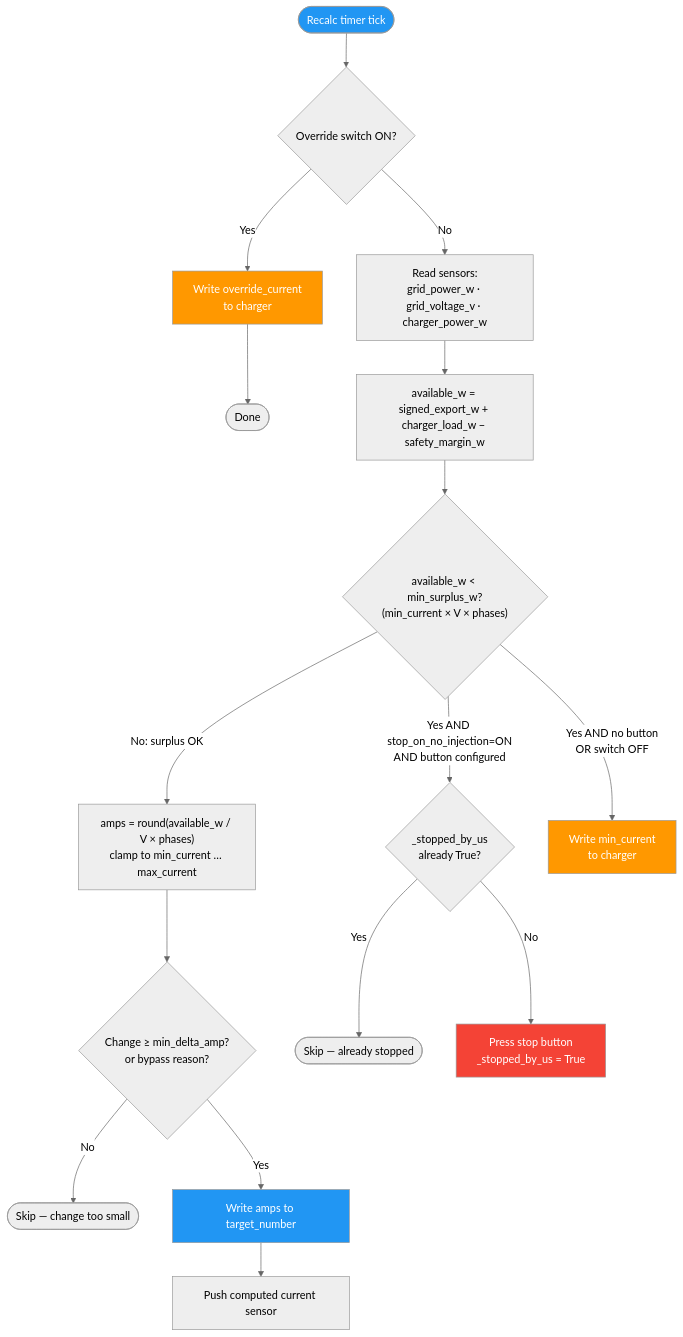
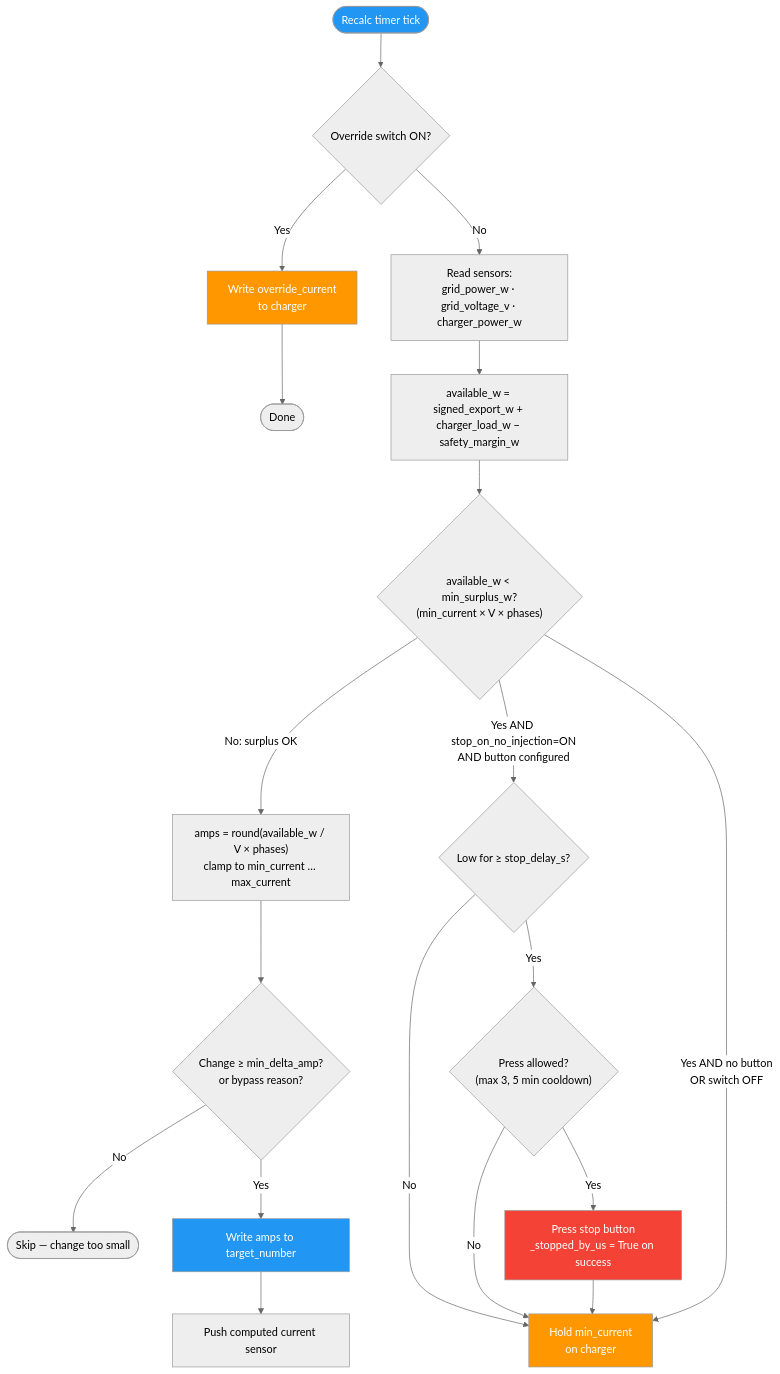
One commit to ZaBug/ev-solar-manager changed the second of 3 diagrams in README.md. Above: the diagram before and after it, drawn with Mermaid (neutral theme). The commit also changed other lines of this file and 14 other files, not shown here.

````diff
--- a/README.md
+++ b/README.md
@@ -63,29 +64,32 @@
 ```mermaid
 flowchart TD
     TICK([Recalc timer tick]) --> OVERRIDE{Override switch ON?}
 
     OVERRIDE -- Yes --> SET_OVERRIDE[Write override_current\nto charger] --> END([Done])
 
     OVERRIDE -- No --> READ[Read sensors:\ngrid_power_w · grid_voltage_v · charger_power_w]
     READ --> CALC["available_w = signed_export_w + charger_load_w − safety_margin_w"]
 
     CALC --> THRESH{"available_w < min_surplus_w?\n(min_current × V × phases)"}
 
     THRESH -- No: surplus OK --> CALC_A["amps = round(available_w / V × phases)\nclamp to min_current … max_current"]
     CALC_A --> DELTA{"Change ≥ min_delta_amp?\nor bypass reason?"}
     DELTA -- No --> SKIP([Skip — change too small])
     DELTA -- Yes --> WRITE[Write amps to target_number]
     WRITE --> SENSOR[Push computed current sensor]
 
-    THRESH -- Yes AND stop_on_no_injection=ON\nAND button configured --> ALREADY{_stopped_by_us\nalready True?}
-    ALREADY -- Yes --> SKIP2([Skip — already stopped])
-    ALREADY -- No --> PRESS_STOP[Press stop button\n_stopped_by_us = True]
+    THRESH -- Yes AND stop_on_no_injection=ON\nAND button configured --> LOW_FOR{"Low for ≥ stop_delay_s?"}
+    LOW_FOR -- No --> SET_MIN
+    LOW_FOR -- Yes --> CAN_PRESS{"Press allowed?\n(max 3, 5 min cooldown)"}
+    CAN_PRESS -- No --> SET_MIN
+    CAN_PRESS -- Yes --> PRESS_STOP[Press stop button\n_stopped_by_us = True on success]
+    PRESS_STOP --> SET_MIN
 
-    THRESH -- Yes AND no button\nOR switch OFF --> SET_MIN[Write min_current\nto charger]
+    THRESH -- Yes AND no button\nOR switch OFF --> SET_MIN[Hold min_current\non charger]
 
     style TICK fill:#2196F3,color:#fff
     style PRESS_STOP fill:#F44336,color:#fff
     style SET_OVERRIDE fill:#FF9800,color:#fff
     style SET_MIN fill:#FF9800,color:#fff
     style WRITE fill:#2196F3,color:#fff
 ```
````
